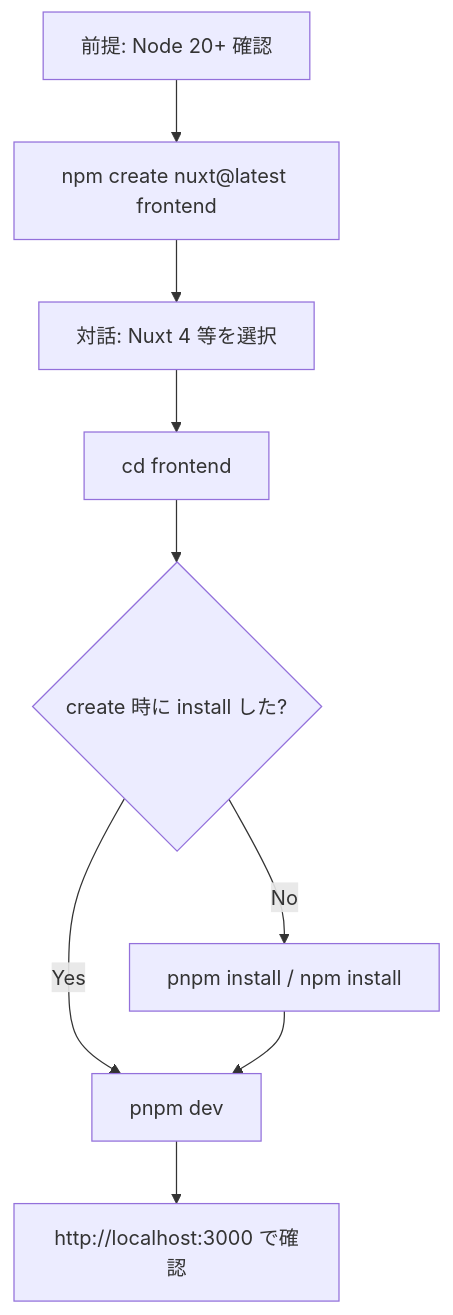
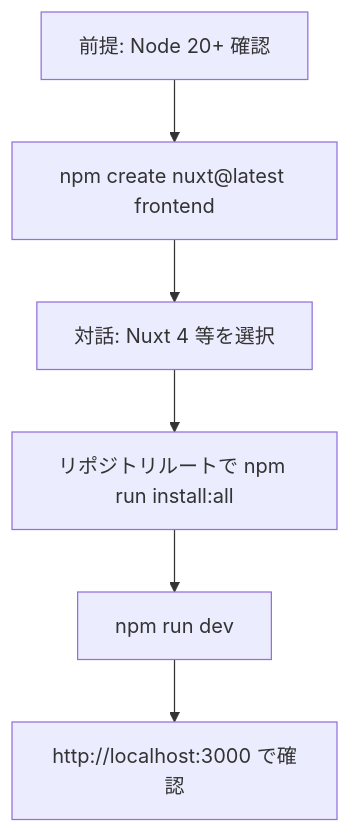
Before and after one commit to k-ikehara-ragate/task-management-app: the diagram in docs/setup-execution.md, drawn with Mermaid. The commit also changed other lines of this file and 10661 other files, not shown here.

````diff
--- a/docs/setup-execution.md
+++ b/docs/setup-execution.md
@@ -106,11 +99,8 @@
 ```mermaid
 flowchart TD
   A[前提: Node 20+ 確認] --> B["npm create nuxt@latest frontend"]
   B --> C[対話: Nuxt 4 等を選択]
-  C --> D[cd frontend]
-  D --> E{create 時に install した?}
-  E -->|No| F[pnpm install / npm install]
-  E -->|Yes| G[pnpm dev]
-  F --> G
-  G --> H["http://localhost:3000 で確認"]
+  C --> D[リポジトリルートで npm run install:all]
+  D --> E[npm run dev]
+  E --> F["http://localhost:3000 で確認"]
 ```
````
